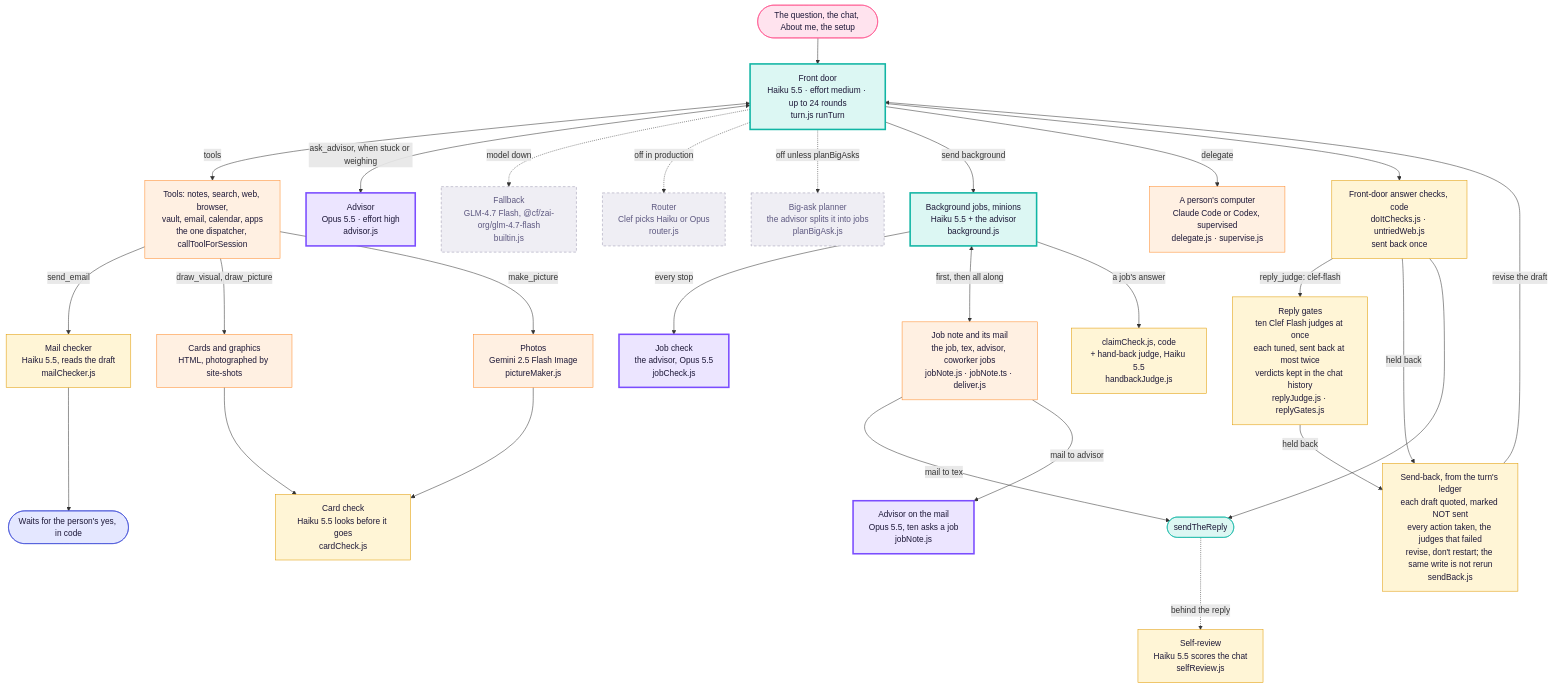
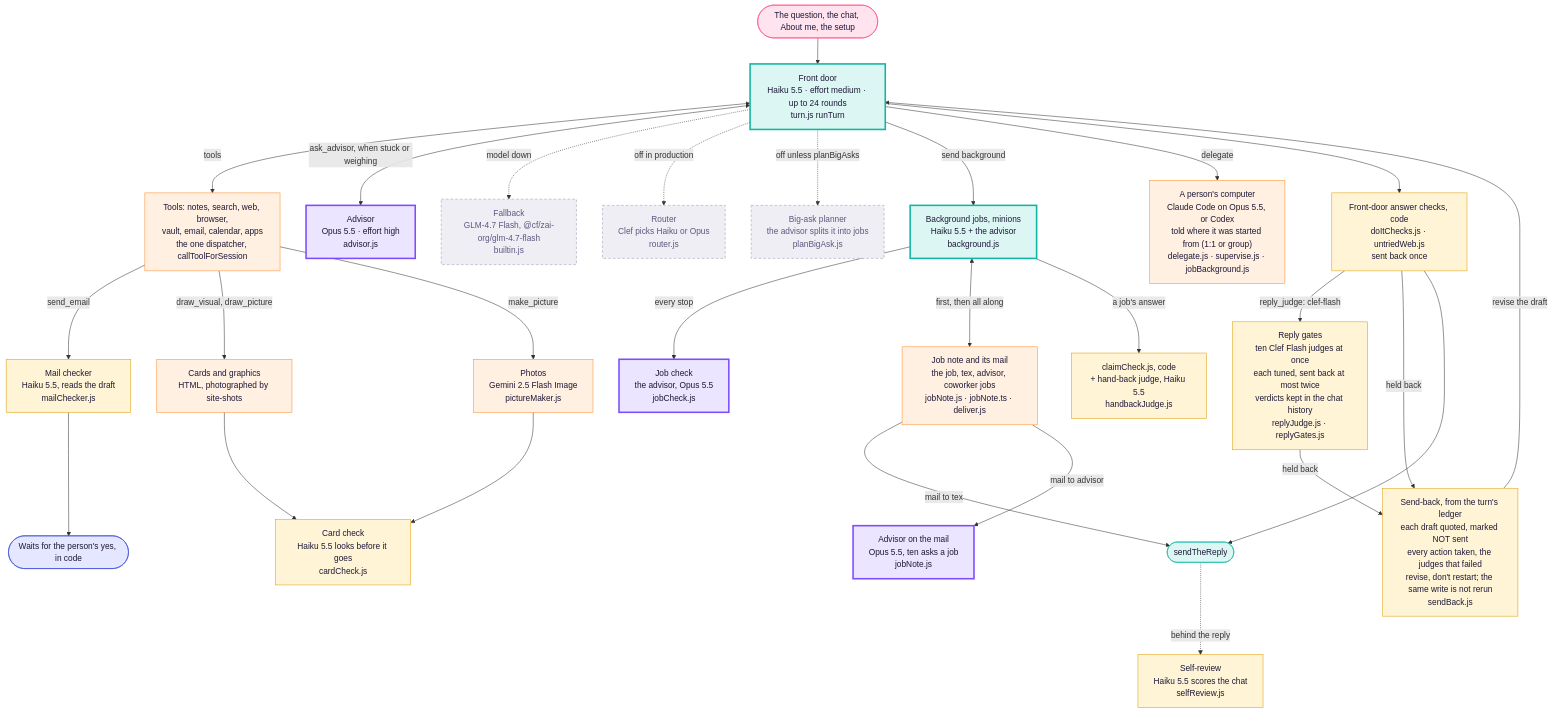
One commit to Supa-Media/context changed the third of 3 diagrams in docs/architecture/tex.md. Above: the diagram before and after it, drawn with Mermaid. The commit also changed other lines of this file and 15 other files, not shown here.

````diff
--- a/docs/architecture/tex.md
+++ b/docs/architecture/tex.md
@@ -111,42 +111,42 @@
 ```mermaid
 flowchart TB
   Q([The question, the chat, About me, the setup]):::you --> FD
   FD["Front door<br/>Haiku 5.5 · effort medium · up to 24 rounds<br/>turn.js runTurn"]:::haiku
   FD <-->|tools| T["Tools: notes, search, web, browser,<br/>vault, email, calendar, apps<br/>the one dispatcher, callToolForSession"]:::tool
   FD <-->|ask_advisor, when stuck or weighing| ADV["Advisor<br/>Opus 5.5 · effort high<br/>advisor.js"]:::opus
   FD -. model down .-> FB["Fallback<br/>GLM-4.7 Flash, @cf/zai-org/glm-4.7-flash<br/>builtin.js"]:::off
   FD -. off in production .-> RT["Router<br/>Clef picks Haiku or Opus<br/>router.js"]:::off
   FD -. off unless planBigAsks .-> PL["Big-ask planner<br/>the advisor splits it into jobs<br/>planBigAsk.js"]:::off
 
   FD -->|send background| JOB["Background jobs, minions<br/>Haiku 5.5 + the advisor<br/>background.js"]:::haiku
   JOB -->|every stop| JC["Job check<br/>the advisor, Opus 5.5<br/>jobCheck.js"]:::opus
   JOB <-->|first, then all along| JN["Job note and its mail<br/>the job, tex, advisor, coworker jobs<br/>jobNote.js · jobNote.ts · deliver.js"]:::tool
   JN -->|mail to tex| SEND
   JN -->|mail to advisor| JNA["Advisor on the mail<br/>Opus 5.5, ten asks a job<br/>jobNote.js"]:::opus
   JOB -->|a job's answer| JCK["claimCheck.js, code<br/>+ hand-back judge, Haiku 5.5<br/>handbackJudge.js"]:::judge
-  FD -->|delegate| DL["A person's computer<br/>Claude Code or Codex, supervised<br/>delegate.js · supervise.js"]:::tool
+  FD -->|delegate| DL["A person's computer<br/>Claude Code on Opus 5.5, or Codex<br/>told where it was started from (1:1 or group)<br/>delegate.js · supervise.js · jobBackground.js"]:::tool
 
   T -->|send_email| MC["Mail checker<br/>Haiku 5.5, reads the draft<br/>mailChecker.js"]:::judge
   MC --> YES([Waits for the person's yes, in code]):::rail
   T -->|draw_visual, draw_picture| PIC["Cards and graphics<br/>HTML, photographed by site-shots"]:::tool
   T -->|make_picture| IMG["Photos<br/>Gemini 2.5 Flash Image<br/>pictureMaker.js"]:::tool
   PIC --> CC["Card check<br/>Haiku 5.5 looks before it goes<br/>cardCheck.js"]:::judge
   IMG --> CC
 
   FD --> CHK["Front-door answer checks, code<br/>doItChecks.js · untriedWeb.js<br/>sent back once"]:::judge
   CHK -->|reply_judge: clef-flash| RJ["Reply gates<br/>ten Clef Flash judges at once<br/>each tuned, sent back at most twice<br/>verdicts kept in the chat history<br/>replyJudge.js · replyGates.js"]:::judge
   CHK -->|held back| SB["Send-back, from the turn's ledger<br/>each draft quoted, marked NOT sent<br/>every action taken, the judges that failed<br/>revise, don't restart; the same write is not rerun<br/>sendBack.js"]:::judge
   RJ -->|held back| SB
   SB -->|revise the draft| FD
   CHK --> SEND([sendTheReply]):::door
   SEND -. behind the reply .-> SR["Self-review<br/>Haiku 5.5 scores the chat<br/>selfReview.js"]:::judge
 
   classDef you fill:#ffe3ee,stroke:#ff4f8b,color:#1d1838
   classDef haiku fill:#dcf7f3,stroke:#11b5a4,stroke-width:3px,color:#1d1838
   classDef opus fill:#ece5ff,stroke:#7b4dff,stroke-width:3px,color:#1d1838
   classDef judge fill:#fff5d6,stroke:#e09a00,color:#1d1838
   classDef tool fill:#fff0e2,stroke:#ff8a2a,color:#1d1838
   classDef rail fill:#e4e7ff,stroke:#3c4bd6,color:#1d1838
   classDef door fill:#dcf7f3,stroke:#11b5a4,color:#1d1838
   classDef off fill:#efeef4,stroke:#9a97b0,stroke-dasharray:5 4,color:#5d5880
 ```
````
